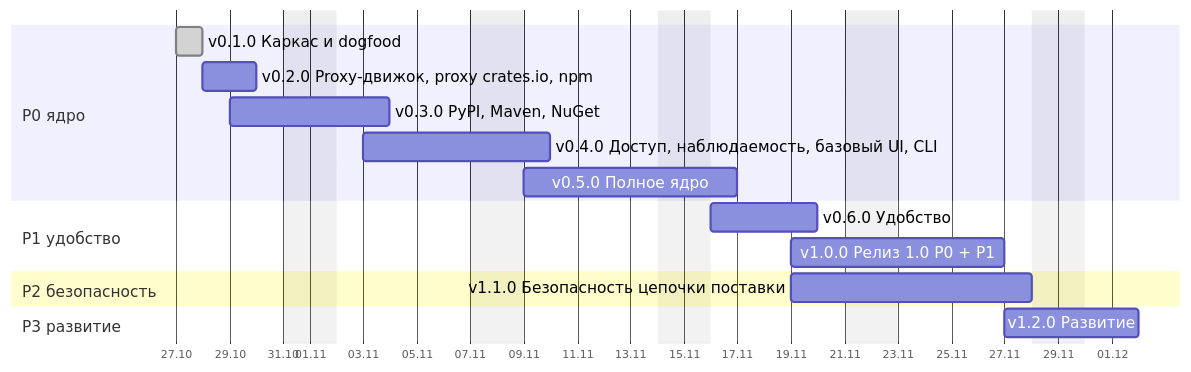
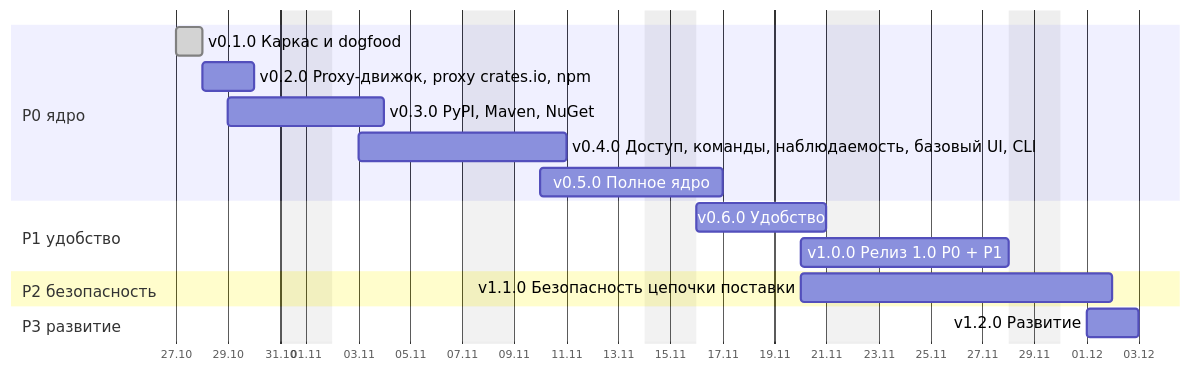
Before and after one commit to izevg/CRANE: the diagram in ROADMAP.md, drawn with Mermaid. The commit also changed other lines of this file and 19 other files, not shown here.

````diff
--- a/ROADMAP.md
+++ b/ROADMAP.md
@@ -21,21 +21,21 @@
 ```mermaid
 %%{init: {"gantt": {"fontSize": 14, "sectionFontSize": 14, "barHeight": 26, "barGap": 6, "leftPadding": 150}}}%%
 gantt
   todayMarker off
   dateFormat YYYY-MM-DD
   axisFormat %d.%m
   excludes weekends
   section P0 ядро
   v0.1.0 Каркас и dogfood :done, 2026-10-27, 1d
   v0.2.0 Proxy-движок, proxy crates.io, npm :2026-10-28, 2d
   v0.3.0 PyPI, Maven, NuGet :2026-10-29, 4d
-  v0.4.0 Доступ, наблюдаемость, базовый UI, CLI :2026-11-03, 5d
-  v0.5.0 Полное ядро :2026-11-09, 6d
+  v0.4.0 Доступ, команды, наблюдаемость, базовый UI, CLI :2026-11-03, 6d
+  v0.5.0 Полное ядро :2026-11-10, 5d
   section P1 удобство
-  v0.6.0 Удобство :2026-11-16, 4d
-  v1.0.0 Релиз 1.0 P0 + P1 :2026-11-19, 6d
+  v0.6.0 Удобство :2026-11-16, 5d
+  v1.0.0 Релиз 1.0 P0 + P1 :2026-11-20, 6d
   section P2 безопасность
-  v1.1.0 Безопасность цепочки поставки :2026-11-19, 7d
+  v1.1.0 Безопасность цепочки поставки :2026-11-20, 8d
   section P3 развитие
-  v1.2.0 Развитие :2026-11-27, 3d
+  v1.2.0 Развитие :2026-12-01, 2d
 ```
````
